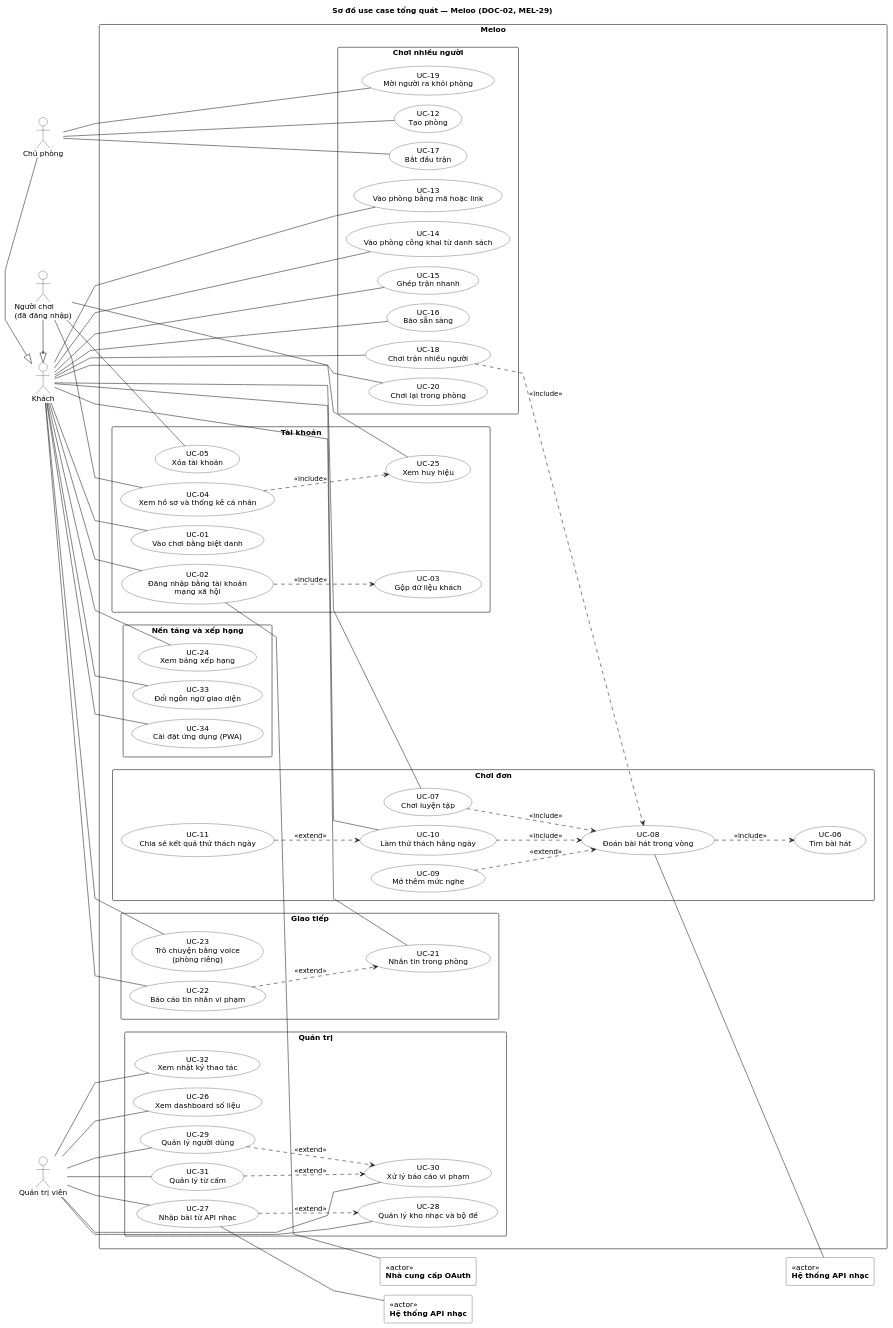
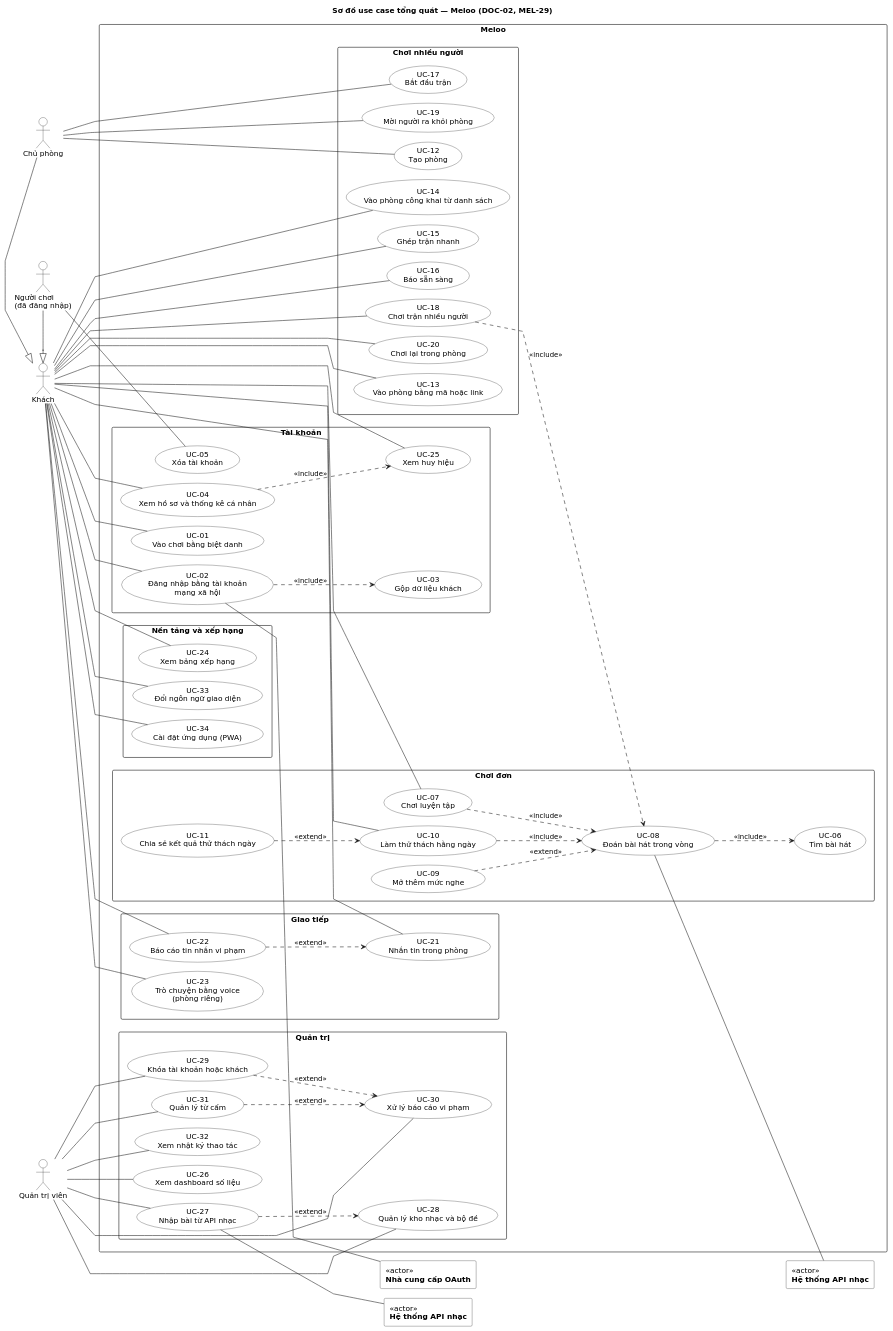
Before and after one commit to ThaiDevv/meloo: the diagram in docs/uml/usecase/uc-00-tong-quat.puml, drawn with PlantUML. The commit also changed 12 other files, not shown here.

```diff
--- a/docs/uml/usecase/uc-00-tong-quat.puml
+++ b/docs/uml/usecase/uc-00-tong-quat.puml
@@ -1,128 +1,130 @@
 @startuml uc-00-tong-quat
 title Sơ đồ use case tổng quát — Meloo (DOC-02, MEL-29)
 left to right direction
 skinparam shadowing false
 skinparam linetype polyline
 skinparam nodesep 18
 skinparam ranksep 70
 skinparam defaultFontName DejaVu Sans
 skinparam usecase {
   BackgroundColor white
   BorderColor black
 }
 skinparam actor {
   BackgroundColor white
   BorderColor black
 }
 skinparam rectangle {
   BackgroundColor white
   BorderColor black
 }
+actor "Quản trị viên" as Admin
 actor "Người chơi\n(đã đăng nhập)" as NguoiChoi
 actor "Khách" as Khach
 actor "Chủ phòng" as ChuPhong
-actor "Quản trị viên" as Admin
 rectangle "<<actor>>\n**Nhà cung cấp OAuth**" as OAuth
 rectangle "<<actor>>\n**Hệ thống API nhạc**" as Music1
 rectangle "<<actor>>\n**Hệ thống API nhạc**" as Music2
 
 rectangle "**Meloo**" as sys {
   rectangle "Tài khoản" as G0 {
     usecase "UC-01\nVào chơi bằng biệt danh" as UC01
     usecase "UC-02\nĐăng nhập bằng tài khoản\nmạng xã hội" as UC02
     usecase "UC-03\nGộp dữ liệu khách" as UC03
     usecase "UC-04\nXem hồ sơ và thống kê cá nhân" as UC04
     usecase "UC-05\nXóa tài khoản" as UC05
     usecase "UC-25\nXem huy hiệu" as UC25
   }
   rectangle "Nền tảng và xếp hạng" as G1 {
     usecase "UC-24\nXem bảng xếp hạng" as UC24
     usecase "UC-33\nĐổi ngôn ngữ giao diện" as UC33
     usecase "UC-34\nCài đặt ứng dụng (PWA)" as UC34
   }
   rectangle "Chơi đơn" as G2 {
     usecase "UC-06\nTìm bài hát" as UC06
     usecase "UC-07\nChơi luyện tập" as UC07
     usecase "UC-08\nĐoán bài hát trong vòng" as UC08
     usecase "UC-09\nMở thêm mức nghe" as UC09
     usecase "UC-10\nLàm thử thách hằng ngày" as UC10
     usecase "UC-11\nChia sẻ kết quả thử thách ngày" as UC11
   }
   rectangle "Giao tiếp" as G3 {
     usecase "UC-21\nNhắn tin trong phòng" as UC21
     usecase "UC-22\nBáo cáo tin nhắn vi phạm" as UC22
     usecase "UC-23\nTrò chuyện bằng voice\n(phòng riêng)" as UC23
   }
   rectangle "Chơi nhiều người" as G4 {
     usecase "UC-12\nTạo phòng" as UC12
     usecase "UC-13\nVào phòng bằng mã hoặc link" as UC13
     usecase "UC-14\nVào phòng công khai từ danh sách" as UC14
     usecase "UC-15\nGhép trận nhanh" as UC15
     usecase "UC-16\nBáo sẵn sàng" as UC16
     usecase "UC-17\nBắt đầu trận" as UC17
     usecase "UC-18\nChơi trận nhiều người" as UC18
     usecase "UC-19\nMời người ra khỏi phòng" as UC19
     usecase "UC-20\nChơi lại trong phòng" as UC20
   }
   rectangle "Quản trị" as G5 {
     usecase "UC-26\nXem dashboard số liệu" as UC26
     usecase "UC-27\nNhập bài từ API nhạc" as UC27
     usecase "UC-28\nQuản lý kho nhạc và bộ đề" as UC28
-    usecase "UC-29\nQuản lý người dùng" as UC29
+    usecase "UC-29\nKhóa tài khoản hoặc khách" as UC29
     usecase "UC-30\nXử lý báo cáo vi phạm" as UC30
     usecase "UC-31\nQuản lý từ cấm" as UC31
     usecase "UC-32\nXem nhật ký thao tác" as UC32
   }
 }
 
 
 NguoiChoi -|> Khach
 ChuPhong -|> Khach
 
-NguoiChoi -- UC04
-NguoiChoi -- UC25
+Khach -- UC04
+Khach -- UC25
+NguoiChoi -[hidden]- UC04
+NguoiChoi -[hidden]- UC25
 NguoiChoi -- UC05
 Khach -- UC01
 Khach -- UC02
 Khach -- UC07
 Khach -- UC10
 Khach -- UC13
 Khach -- UC14
 Khach -- UC15
 Khach -- UC16
 Khach -- UC18
 Khach -- UC20
 Khach -- UC21
 Khach -- UC22
 Khach -- UC23
 Khach -- UC24
 Khach -- UC33
 Khach -- UC34
 ChuPhong -- UC12
 ChuPhong -- UC17
 ChuPhong -- UC19
 Admin -- UC26
 Admin -- UC27
 Admin -- UC28
 Admin -- UC29
 Admin -- UC30
 Admin -- UC31
 Admin -- UC32
 
 UC04 ..> UC25 : <<include>>
 UC02 ..> UC03 : <<include>>
 UC07 ..> UC08 : <<include>>
 UC10 ..> UC08 : <<include>>
 UC18 ..> UC08 : <<include>>
 UC08 ..> UC06 : <<include>>
 UC09 ..> UC08 : <<extend>>
 UC11 ..> UC10 : <<extend>>
 UC22 ..> UC21 : <<extend>>
 UC27 ..> UC28 : <<extend>>
 UC29 ..> UC30 : <<extend>>
 UC31 ..> UC30 : <<extend>>
 
 UC02 -- OAuth
 UC08 -- Music1
 UC27 -- Music2
 @enduml
```
